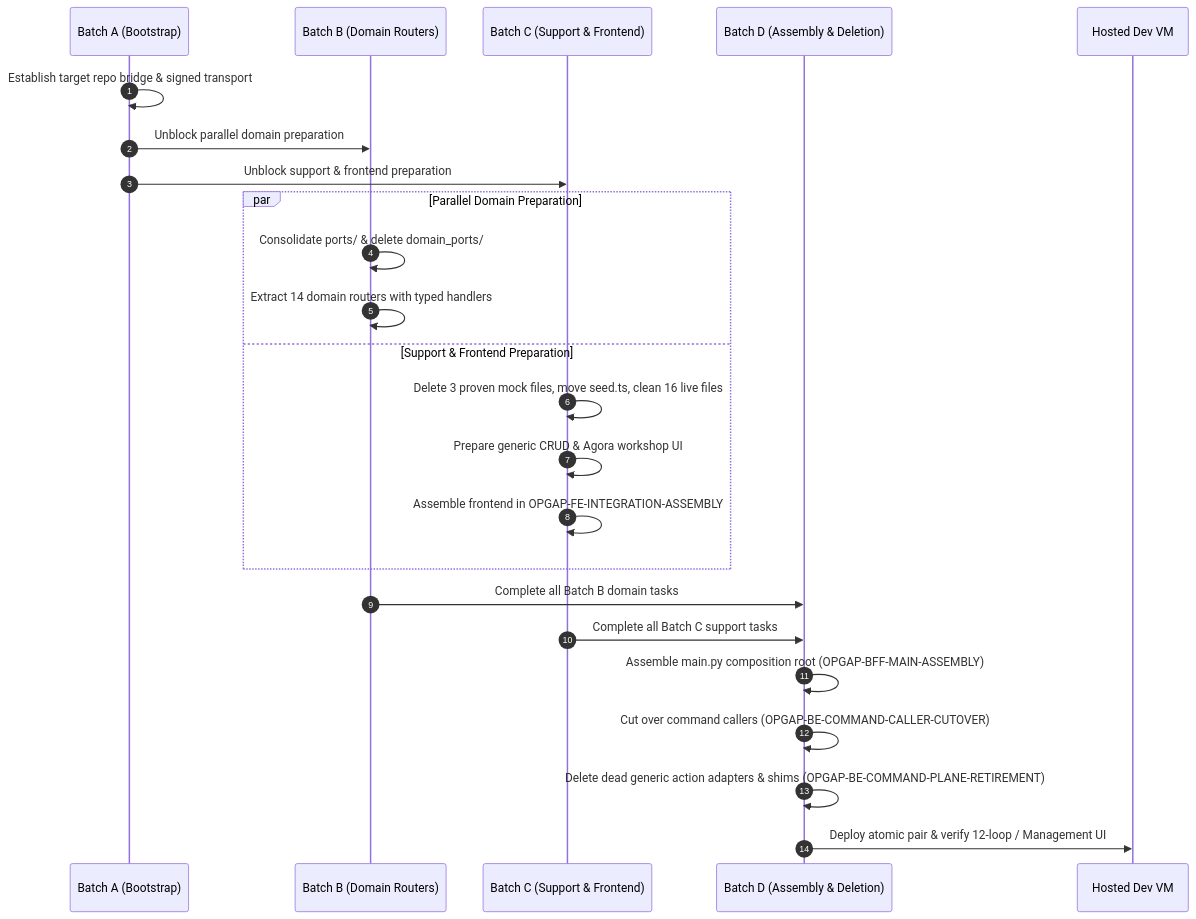
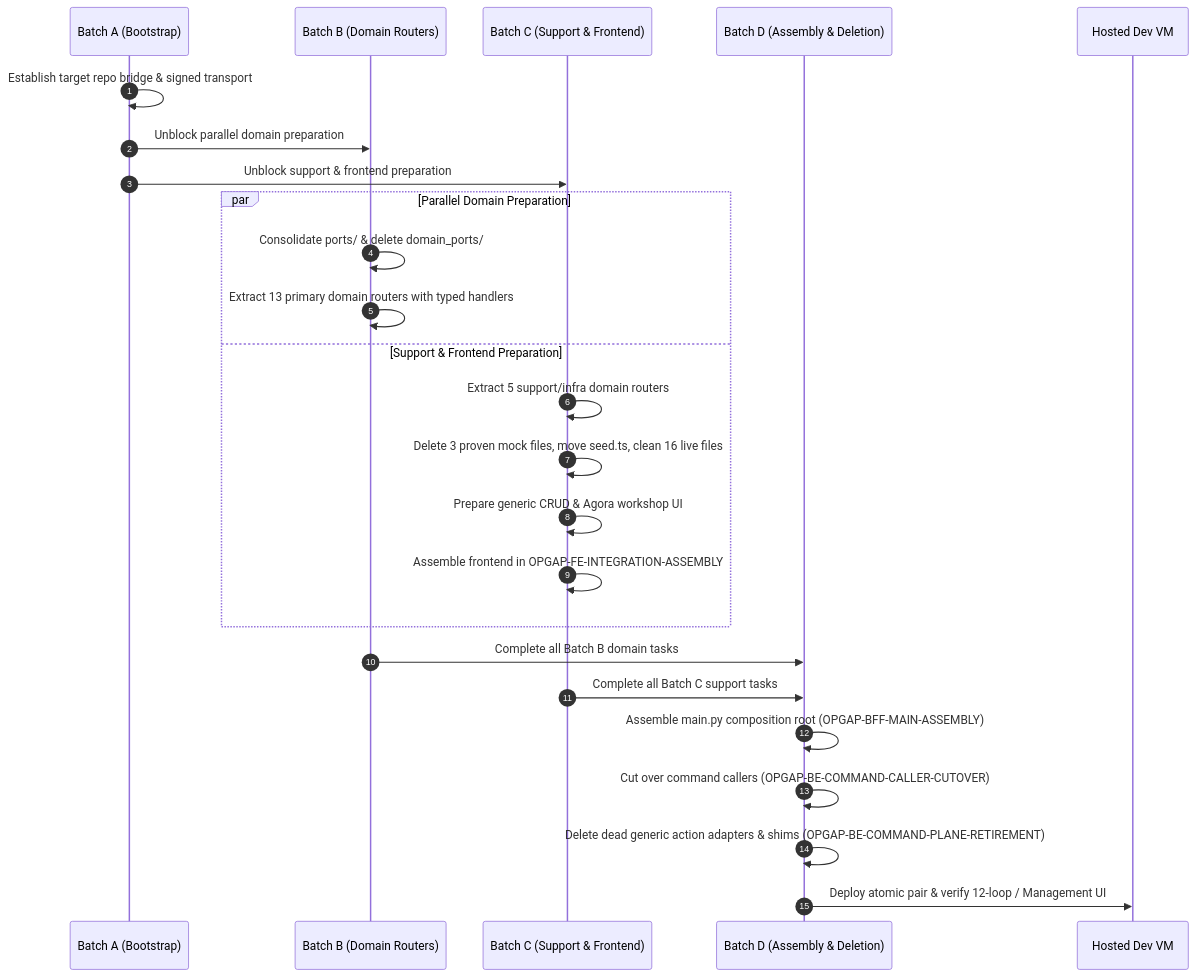
Before and after one commit to ajoe734/pantheon: the third of 3 diagrams in docs/04/pantheon_full_product_operation_audit_2026-08-29/SA_GAP_REMEDIATION_2026-08-30.md, drawn with Mermaid. The commit also changed 3 other files, not shown here.

````diff
--- a/docs/04/pantheon_full_product_operation_audit_2026-08-29/SA_GAP_REMEDIATION_2026-08-30.md
+++ b/docs/04/pantheon_full_product_operation_audit_2026-08-29/SA_GAP_REMEDIATION_2026-08-30.md
@@ -177,30 +177,31 @@
 ```mermaid
 sequenceDiagram
     autonumber
     participant Boot as Batch A (Bootstrap)
     participant Prep as Batch B (Domain Routers)
     participant Support as Batch C (Support & Frontend)
     participant Assembly as Batch D (Assembly & Deletion)
     participant Hosted as Hosted Dev VM
 
     Boot->>Boot: Establish target repo bridge & signed transport
     Boot->>Prep: Unblock parallel domain preparation
     Boot->>Support: Unblock support & frontend preparation
 
     par Parallel Domain Preparation
         Prep->>Prep: Consolidate ports/ & delete domain_ports/
-        Prep->>Prep: Extract 14 domain routers with typed handlers
+        Prep->>Prep: Extract 13 primary domain routers with typed handlers
     and Support & Frontend Preparation
+        Support->>Support: Extract 5 support/infra domain routers
         Support->>Support: Delete 3 proven mock files, move seed.ts, clean 16 live files
         Support->>Support: Prepare generic CRUD & Agora workshop UI
         Support->>Support: Assemble frontend in OPGAP-FE-INTEGRATION-ASSEMBLY
     end
 
     Prep->>Assembly: Complete all Batch B domain tasks
     Support->>Assembly: Complete all Batch C support tasks
 
     Assembly->>Assembly: Assemble main.py composition root (OPGAP-BFF-MAIN-ASSEMBLY)
     Assembly->>Assembly: Cut over command callers (OPGAP-BE-COMMAND-CALLER-CUTOVER)
     Assembly->>Assembly: Delete dead generic action adapters & shims (OPGAP-BE-COMMAND-PLANE-RETIREMENT)
     Assembly->>Hosted: Deploy atomic pair & verify 12-loop / Management UI
 ```
````
